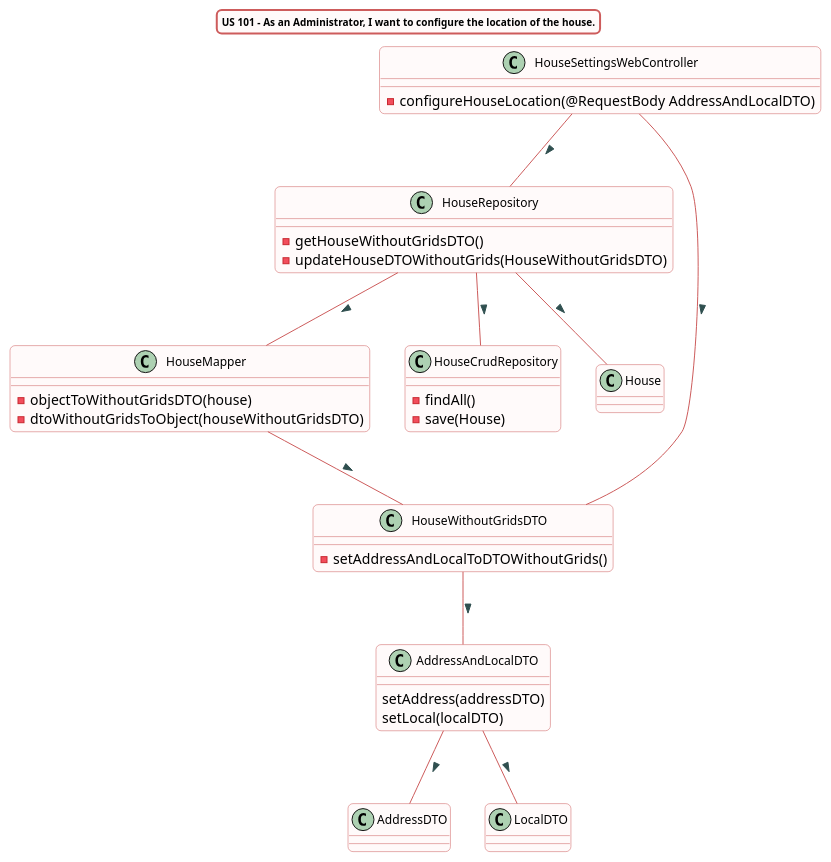
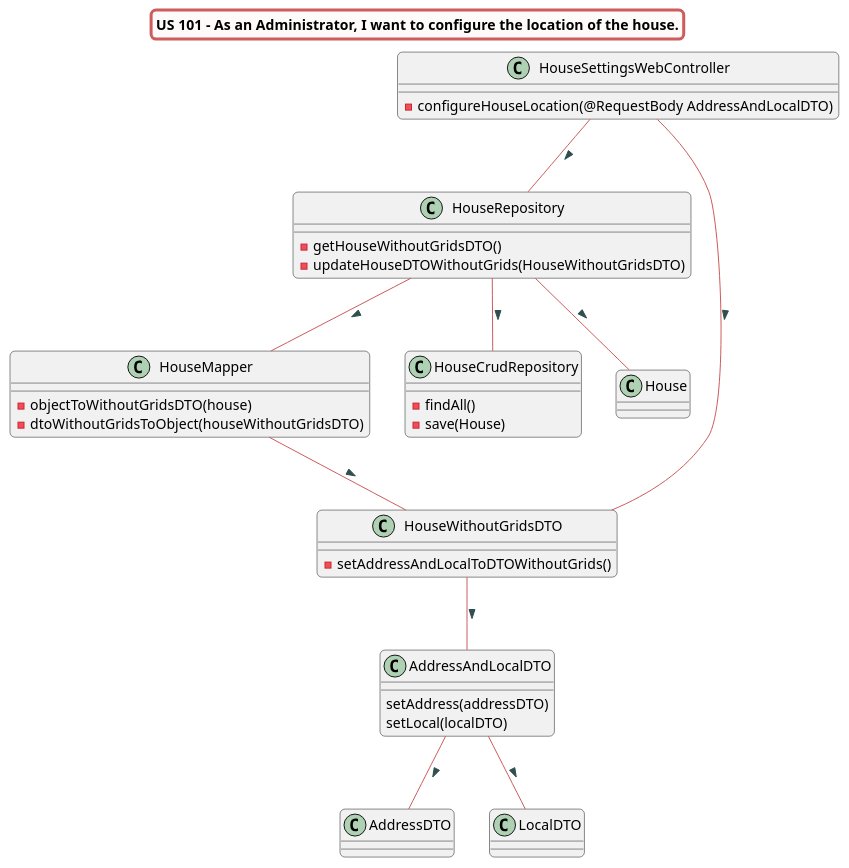
One commit to Almadanmp/project changed the diagram in src/doc/WEB_Controllers/HouseConfiguration/US101/US101_cd_HouseConfigurationWeb.puml. Above: the diagram before and after it, drawn with PlantUML. The commit also changed 7 other files, not shown here.

Commit message:
REF #364 #361 - updated diagrams for both USs. adds testes to GASettingsController

```diff
--- a/src/doc/WEB_Controllers/HouseConfiguration/US101/US101_cd_HouseConfigurationWeb.puml
+++ b/src/doc/WEB_Controllers/HouseConfiguration/US101/US101_cd_HouseConfigurationWeb.puml
@@ -1,79 +1,86 @@
 @startuml
 
 title US 101 - As an Administrator, I want to configure the location of the house.
+
 skinparam titleBorderRoundCorner 10
-skinparam titleBorderThickness 2
+skinparam titleBorderThickness 3
 skinparam titleBorderColor indianred
-skinparam titleBackgroundColor Snow
+skinparam titleBackgroundColor snow
 skinparam FontName quicksand
-skinparam titleFontSize 10
+
+skinparam actor {
+  BorderColor indianred
+  backgroundColor Snow
+  }
+
+skinparam sequence {
+  LifeLineBackgroundColor indianred
+  ParticipantBackgroundColor snow
+}
+
 skinparam roundcorner 10
 
+skinparam component {
+  arrowThickness 1
+  ArrowFontName Verdana
+  ArrowColor indianred
+  ArrowFontColor darkslategrey
+}
 
-skinparam class {
-  BorderColor indianred
-  BackgroundColor indianred
-  BackgroundColor Snow
-   roundcorner 10
-   ArrowFontName Verdana
-   ArrowColor indianred
-   ArrowFontColor darkslategrey
-   FontSize 12
-}
 
 class HouseSettingsWebController
 class HouseRepository
 class HouseMapper
 class HouseCrudRepository
 class AddressAndLocalDTO
 class HouseWithoutGridsDTO
 
 HouseSettingsWebController -- HouseRepository : >
 HouseSettingsWebController -- HouseWithoutGridsDTO : >
 
 HouseRepository -- HouseCrudRepository : >
 HouseRepository -- House : >
 HouseRepository -- HouseMapper : >
 HouseMapper -- HouseWithoutGridsDTO : >
 
 HouseWithoutGridsDTO -- AddressAndLocalDTO : >
 
 AddressAndLocalDTO -- AddressDTO : >
 AddressAndLocalDTO -- LocalDTO : >
 
 class HouseSettingsWebController {
 -configureHouseLocation(@RequestBody AddressAndLocalDTO)
 }
 
 
 class HouseMapper{
 - objectToWithoutGridsDTO(house)
 - dtoWithoutGridsToObject(houseWithoutGridsDTO)
 }
 
 class HouseRepository {
 - getHouseWithoutGridsDTO()
 - updateHouseDTOWithoutGrids(HouseWithoutGridsDTO)
 }
 
 class HouseWithoutGridsDTO {
 - setAddressAndLocalToDTOWithoutGrids()
 }
 
 class AddressAndLocalDTO{
 setAddress(addressDTO)
 setLocal(localDTO)
 }
 
 class AddressDTO{
 }
 
 class LocalDTO{
 }
 
 class HouseCrudRepository{
 - findAll()
 - save(House)
 }
 
 @enduml
```
